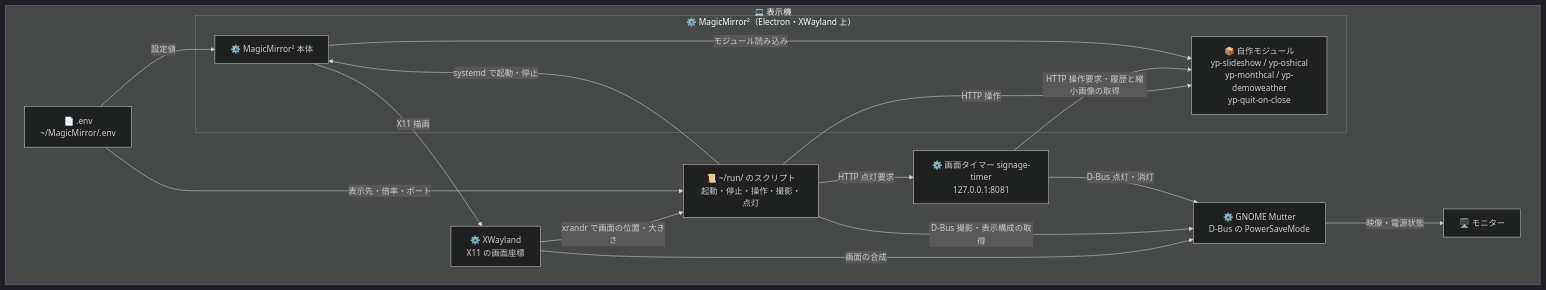
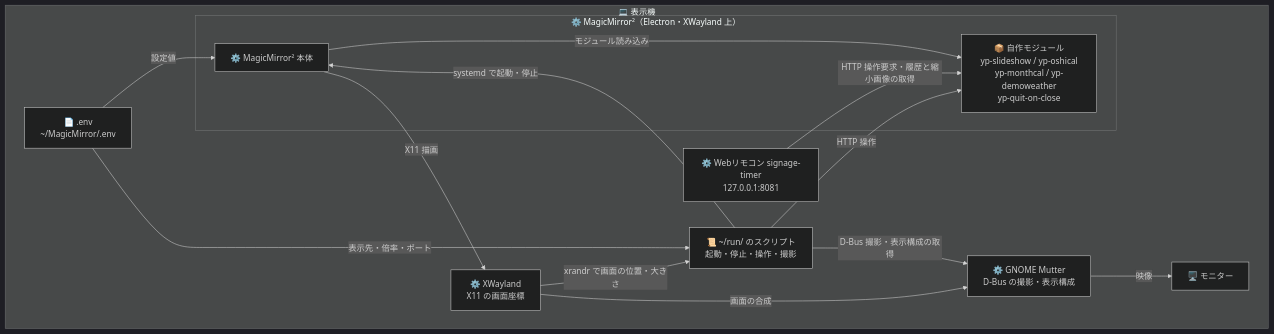
Before and after one commit to YoyogiPinball/yp-signage: the diagram in docs/architecture.md, drawn with Mermaid (dark theme). The commit also changed other lines of this file and 17 other files, not shown here.

````diff
--- a/docs/architecture.md
+++ b/docs/architecture.md
@@ -10,28 +10,26 @@
 ```mermaid
 flowchart TB
     subgraph host["💻 表示機"]
         env["📄 .env<br>~/MagicMirror/.env"]
-        scripts["📜 ~/run/ のスクリプト<br>起動・停止・操作・撮影・点灯"]
-        timer["⚙️ 画面タイマー signage-timer<br>127.0.0.1:8081"]
+        scripts["📜 ~/run/ のスクリプト<br>起動・停止・操作・撮影"]
+        timer["⚙️ Webリモコン signage-timer<br>127.0.0.1:8081"]
         subgraph magicmirror["⚙️ MagicMirror²（Electron・XWayland 上）"]
             mm["⚙️ MagicMirror² 本体"]
             modules["📦 自作モジュール<br>yp-slideshow / yp-oshical<br>yp-monthcal / yp-demoweather<br>yp-quit-on-close"]
         end
         xwayland["⚙️ XWayland<br>X11 の画面座標"]
-        mutter["⚙️ GNOME Mutter<br>D-Bus の PowerSaveMode"]
+        mutter["⚙️ GNOME Mutter<br>D-Bus の撮影・表示構成"]
         screen["🖥️ モニター"]
     end
     env -->|設定値| mm
     env -->|表示先・倍率・ポート| scripts
     scripts -->|systemd で起動・停止| mm
     xwayland -->|xrandr で画面の位置・大きさ| scripts
     mm -->|モジュール読み込み| modules
     timer -->|HTTP 操作要求・履歴と縮小画像の取得| modules
     scripts -->|HTTP 操作| modules
-    timer -->|D-Bus 点灯・消灯| mutter
     scripts -->|D-Bus 撮影・表示構成の取得| mutter
-    scripts -->|HTTP 点灯要求| timer
     mm -->|X11 描画| xwayland
     xwayland -->|画面の合成| mutter
-    mutter -->|映像・電源状態| screen
+    mutter -->|映像| screen
 ```
````
